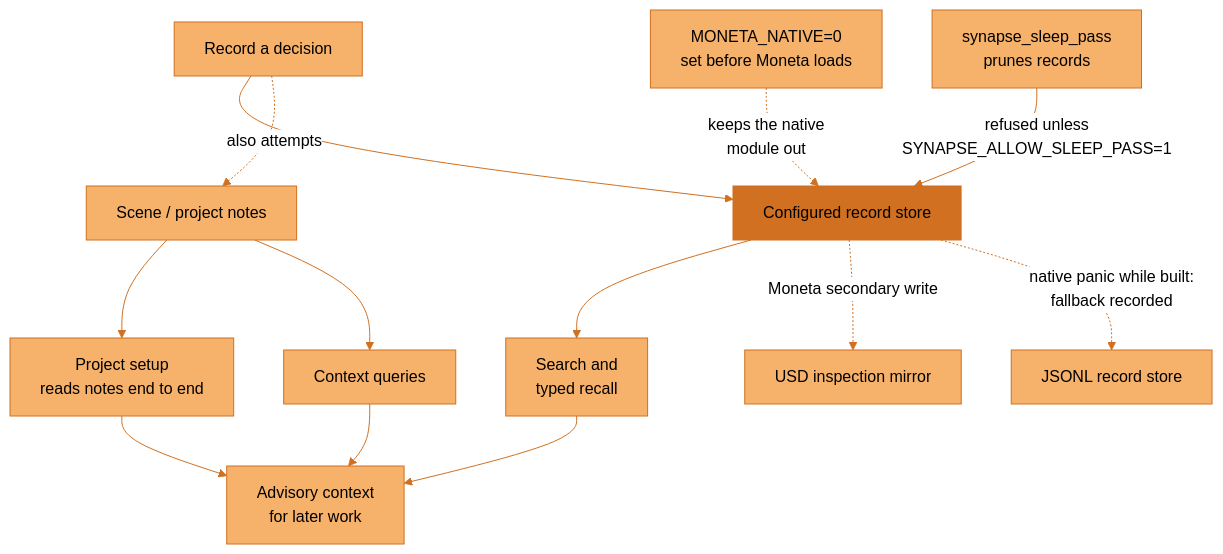
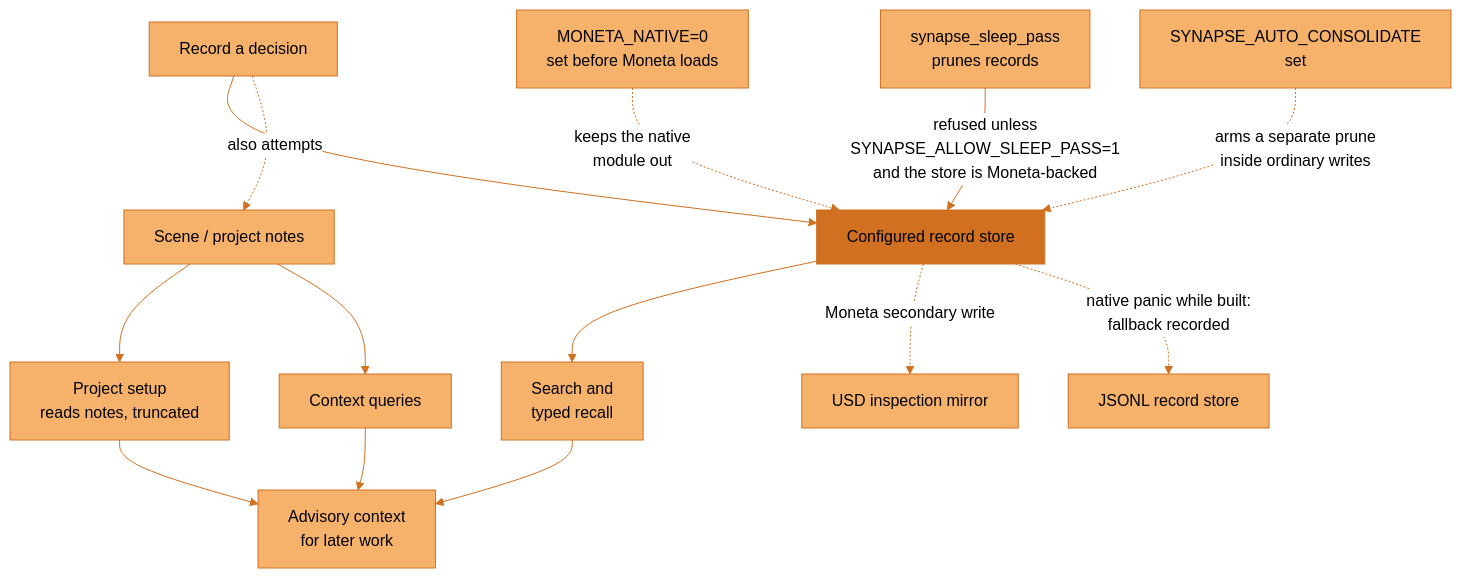
Before and after one commit to JosephOIbrahim/Synapse: the eighth of 11 diagrams in docs/architecture/overview.md, drawn with Mermaid (neutral theme). The commit also changed other lines of this file and 10 other files, not shown here.

````diff
--- a/docs/architecture/overview.md
+++ b/docs/architecture/overview.md
@@ -261,21 +267,22 @@
 ```mermaid
 flowchart TD
     accTitle: Saved decisions, notes and advisory recall
-    accDescr: A decision is written to the configured record store and may also produce a scene note. Search and recall read the record store. Project setup and context queries read the scene and project notes. Both return advisory context. Moneta can also write a USD inspection mirror, separate from the storage owner. MONETA_NATIVE=0 keeps Moneta's native module out of the process, and a native panic while the Moneta store is built falls back to the JSONL store with the reason recorded. The sleep pass, which prunes the record store, is refused unless SYNAPSE_ALLOW_SLEEP_PASS=1.
+    accDescr: A decision is written to the configured record store and may also produce a scene note. Search and recall read the record store. Project setup and context queries read the scene and project notes. Both return advisory context. Moneta can also write a USD inspection mirror, separate from the storage owner. MONETA_NATIVE=0 keeps Moneta's native module out of the process, and a native panic while the Moneta store is built falls back to the JSONL store with the reason recorded. The sleep pass, which prunes the record store, is refused unless SYNAPSE_ALLOW_SLEEP_PASS=1, and it only prunes when the active store is Moneta-backed. A second, separate prune runs inside ordinary writes, armed only by SYNAPSE_AUTO_CONSOLIDATE, and is independent of the sleep pass.
     D["Record a decision"] --> S["Configured record store"]
     D -.->|"also attempts"| N["Scene / project notes"]
     S --> R["Search and<br/>typed recall"]
-    N --> P["Project setup<br/>reads notes end to end"]
+    N --> P["Project setup<br/>reads notes, truncated"]
     N --> Q["Context queries"]
     R --> C["Advisory context<br/>for later work"]
     P --> C
     Q --> C
     S -.->|"Moneta secondary write"| V["USD inspection mirror"]
     K["MONETA_NATIVE=0<br/>set before Moneta loads"] -.->|"keeps the native<br/>module out"| S
     S -.->|"native panic while built:<br/>fallback recorded"| J["JSONL record store"]
-    G["synapse_sleep_pass<br/>prunes records"] -->|"refused unless<br/>SYNAPSE_ALLOW_SLEEP_PASS=1"| S
+    G["synapse_sleep_pass<br/>prunes records"] -->|"refused unless<br/>SYNAPSE_ALLOW_SLEEP_PASS=1<br/>and the store is Moneta-backed"| S
+    AC["SYNAPSE_AUTO_CONSOLIDATE<br/>set"] -.->|"arms a separate prune<br/>inside ordinary writes"| S
     classDef default fill:#F6B26B,stroke:#D07020,color:#000000
     classDef synapse fill:#D07020,stroke:#D07020,color:#000000
     class S synapse
     linkStyle default stroke:#D07020
 ```
````
